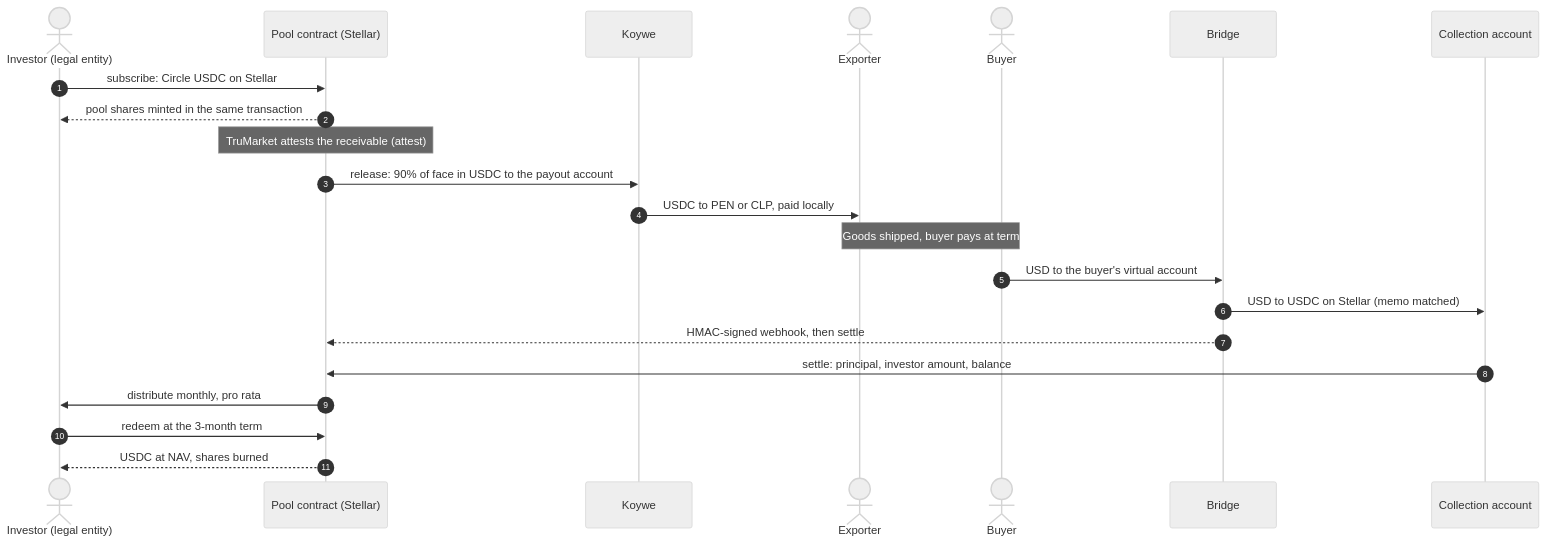
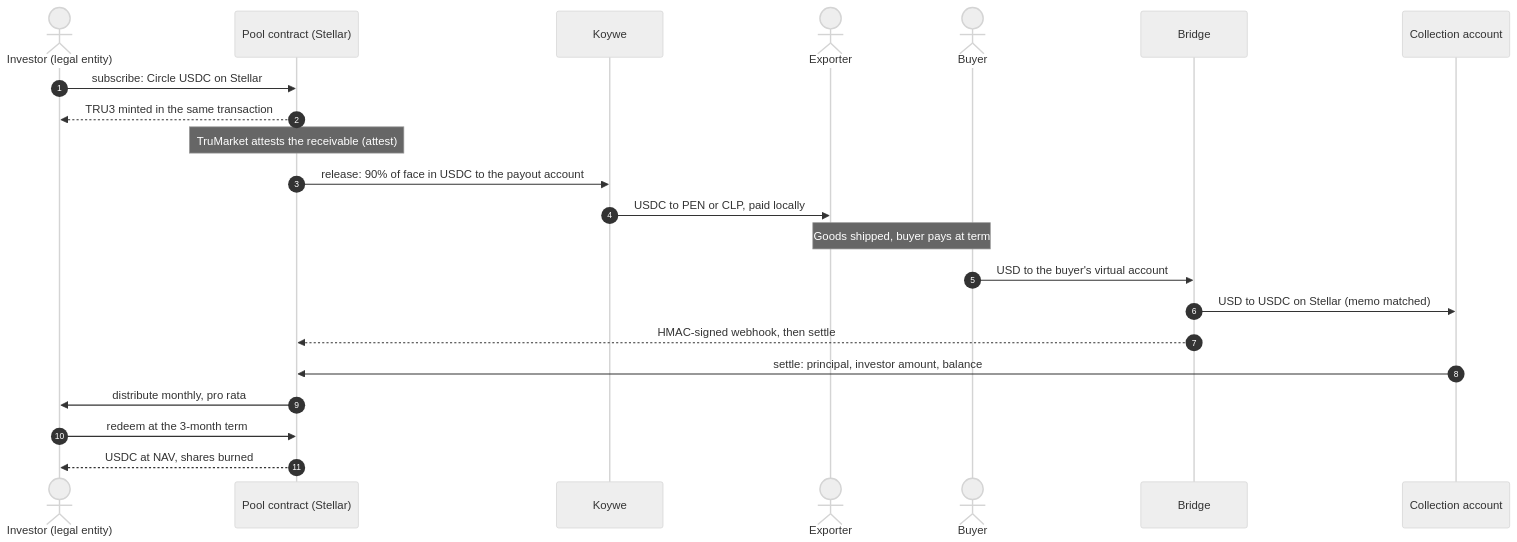
Before and after one commit to AgroSmart-Contracts/Proof-Of-Trading: the diagram in docs/figures/money-flow.mmd, drawn with Mermaid (neutral theme). The commit also changed 12 other files, not shown here.

Commit message:
docs: name the pool share TRU3 (1 TRU3 = USD 1, issued by the receivables-portfolio SPV); indexer named only as an indexer or history archive

```diff
--- a/docs/figures/money-flow.mmd
+++ b/docs/figures/money-flow.mmd
@@ -1,24 +1,24 @@
 %% Money flow for one pool receivable (design, Tranche 2). Circle USDC is the USD rail; nothing is bridged.
 sequenceDiagram
   autonumber
   actor Inv as Investor (legal entity)
   participant PC as Pool contract (Stellar)
   participant Koy as Koywe
   actor Exp as Exporter
   actor Buy as Buyer
   participant Br as Bridge
   participant Col as Collection account
 
   Inv->>PC: subscribe: Circle USDC on Stellar
-  PC-->>Inv: pool shares minted in the same transaction
+  PC-->>Inv: TRU3 minted in the same transaction
   Note over PC: TruMarket attests the receivable (attest)
   PC->>Koy: release: 90% of face in USDC to the payout account
   Koy->>Exp: USDC to PEN or CLP, paid locally
   Note over Exp,Buy: Goods shipped, buyer pays at term
   Buy->>Br: USD to the buyer's virtual account
   Br->>Col: USD to USDC on Stellar (memo matched)
   Br-->>PC: HMAC-signed webhook, then settle
   Col->>PC: settle: principal, investor amount, balance
   PC->>Inv: distribute monthly, pro rata
   Inv->>PC: redeem at the 3-month term
   PC-->>Inv: USDC at NAV, shares burned
```
